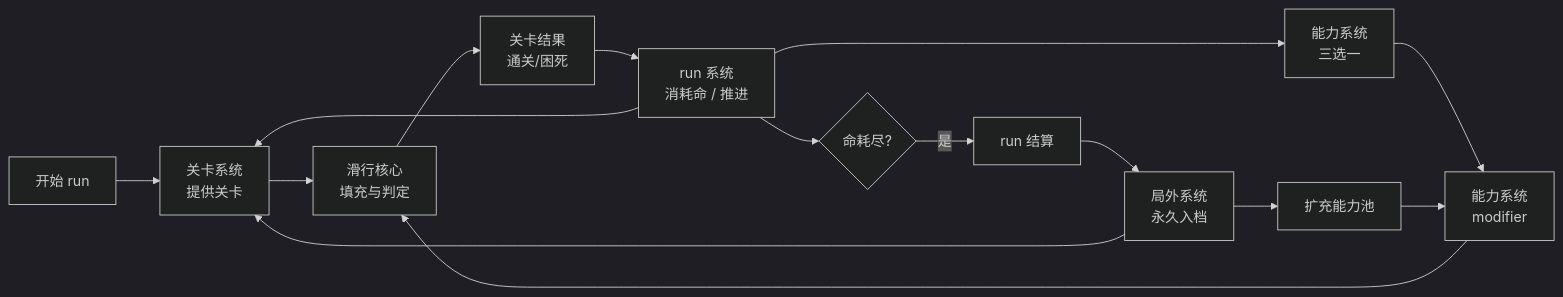
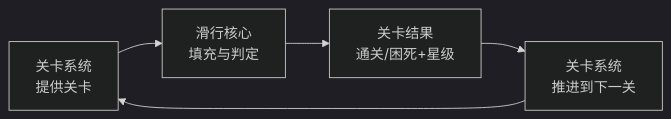
One commit to orsonHuang/ai_test changed the first of 3 diagrams in #PROJECT/longcat/GDD/02_architecture/design.md. Above: the diagram before and after it, drawn with Mermaid (dark theme). The commit also changed other lines of this file and 15 other files, not shown here.

````diff
--- a/#PROJECT/longcat/GDD/02_architecture/design.md
+++ b/#PROJECT/longcat/GDD/02_architecture/design.md
@@ -23,17 +22,7 @@
 ```mermaid
 flowchart LR
-  A["开始 run"] --> B["关卡系统<br/>提供关卡"]
-  B --> C["滑行核心<br/>填充与判定"]
-  D["能力系统<br/>modifier"] --> C
-  C --> E["关卡结果<br/>通关/困死"]
-  E --> F["run 系统<br/>消耗命 / 推进"]
-  F --> G["能力系统<br/>三选一"]
-  G --> D
-  F --> B
-  F --> H{"命耗尽?"}
-  H -- 是 --> I["run 结算"]
-  I --> J["局外系统<br/>永久入档"]
-  J --> K["扩充能力池"]
-  K --> D
-  J --> B
+  A["关卡系统<br/>提供关卡"] --> B["滑行核心<br/>填充与判定"]
+  B --> C["关卡结果<br/>通关/困死+星级"]
+  C --> D["关卡系统<br/>推进到下一关"]
+  D --> A
 ```
````
